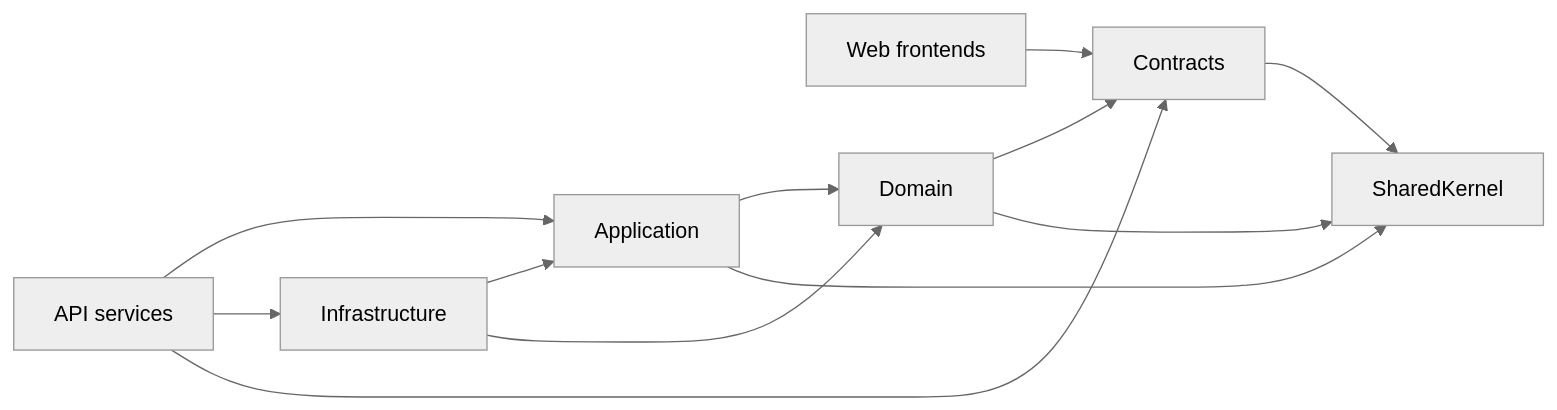
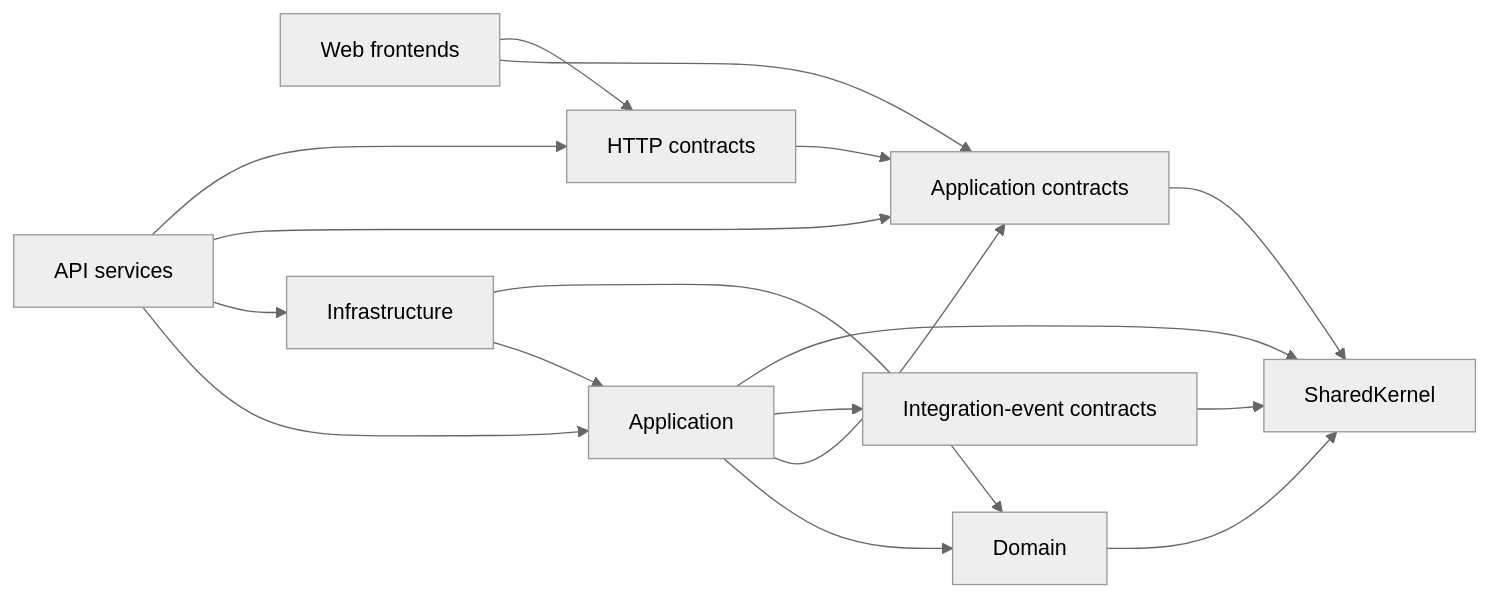
Before and after one commit to danigutsch/ViajantesTurismo: the third of 4 diagrams in docs/architecture/boundaries-and-dependencies.md, drawn with Mermaid (neutral theme). The commit also changed other lines of this file and 450 other files, not shown here.

Commit message:
refactor(architecture): split product contract projects

````diff
--- a/docs/architecture/boundaries-and-dependencies.md
+++ b/docs/architecture/boundaries-and-dependencies.md
@@ -158,22 +174,29 @@
 ```mermaid
 flowchart LR
     ui[Web frontends]
     api[API services]
     infra[Infrastructure]
     app[Application]
     domain[Domain]
-    contracts[Contracts]
+    appContracts[Application contracts]
+    httpContracts[HTTP contracts]
+    eventContracts[Integration-event contracts]
     shared[SharedKernel]
 
-    ui --> contracts
+    ui --> appContracts
+    ui --> httpContracts
     api --> app
     api --> infra
-    api --> contracts
+    api --> appContracts
+    api --> httpContracts
     infra --> app
     infra --> domain
     app --> domain
-    domain --> contracts
+    app --> appContracts
+    app --> eventContracts
     domain --> shared
     app --> shared
-    contracts --> shared
+    httpContracts --> appContracts
+    appContracts --> shared
+    eventContracts --> shared
 ```
````
